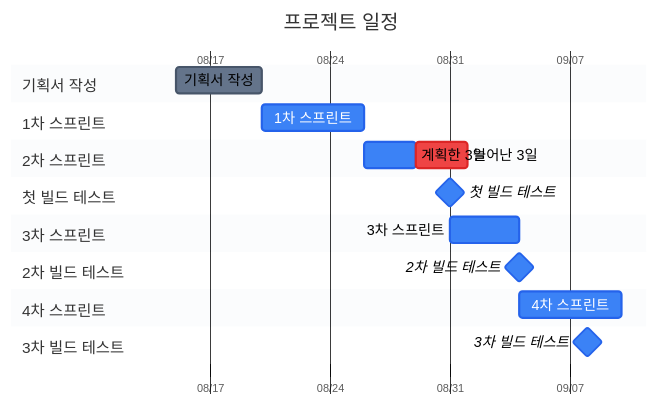
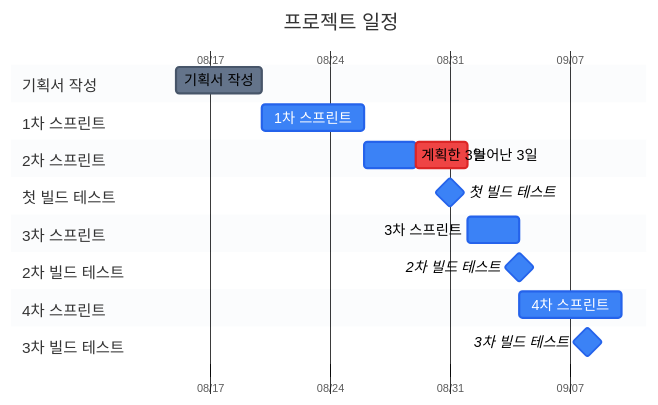
The fourth of 9 diagrams in src/4-wgo/기술문서.md (MountainHS/portfolio), drawn with Mermaid before and after one commit. The commit also changed other lines of this file and 2 other files, not shown here.

````diff
--- a/src/4-wgo/기술문서.md
+++ b/src/4-wgo/기술문서.md
@@ -215,53 +215,53 @@
 ```mermaid
 ---
 config:
   gantt:
     useWidth: 600
     leftPadding: 150
     rightPadding: 45
     barHeight: 24
     barGap: 10
     topPadding: 60
     fontSize: 13
     sectionFontSize: 14
     numberSectionStyles: 2
     topAxis: true
     displayMode: compact
   themeVariables:
     sectionBkgColor: "#e8edf3"
     altSectionBkgColor: "#ffffff"
     gridColor: "#b8c2cc"
     taskBkgColor: "#3b82f6"
     taskBorderColor: "#2563eb"
     doneTaskBkgColor: "#64748b"
     doneTaskBorderColor: "#475569"
     critBkgColor: "#ef4444"
     critBorderColor: "#dc2626"
     todayLineColor: "transparent"
   themeCSS: ".taskText,.taskTextOutsideRight,.taskTextOutsideLeft{display:none} .milestone{fill:#8b5cf6;stroke:#6d28d9} .sectionTitle{font-weight:600;fill:#1e293b} .grid .tick line{stroke:#94a3b8;opacity:1} .grid path{stroke-width:0} rect.section0{fill:#cbd5e1;opacity:.45} rect.section1{fill:#ffffff;opacity:0} .grid .tick text{font-size:12px;fill:#334155}"
 ---
 gantt
     title 프로젝트 일정
     dateFormat YYYY-MM-DD
     axisFormat %m/%d
     tickInterval 1week
     weekday monday
 
     section 기획서 작성
     기획서 작성     :done, plan, 2026-08-15, 5d
     section 1차 스프린트
     1차 스프린트    :s1, 2026-08-20, 6d
     section 2차 스프린트
     계획한 3일      :s2, 2026-08-26, 3d
     늘어난 3일      :crit, s2d, after s2, 3d
     section 첫 빌드 테스트
     첫 빌드 테스트  :milestone, b1, 2026-08-31, 0d
     section 3차 스프린트
-    3차 스프린트    :s3, 2026-08-31, 4d
+    3차 스프린트    :s3, 2026-09-01, 3d
     section 2차 빌드 테스트
     2차 빌드 테스트 :milestone, b2, 2026-09-04, 0d
     section 4차 스프린트
     4차 스프린트    :s4, 2026-09-04, 6d
     section 3차 빌드 테스트
     3차 빌드 테스트 :milestone, b3, 2026-09-08, 0d
 ```
````
